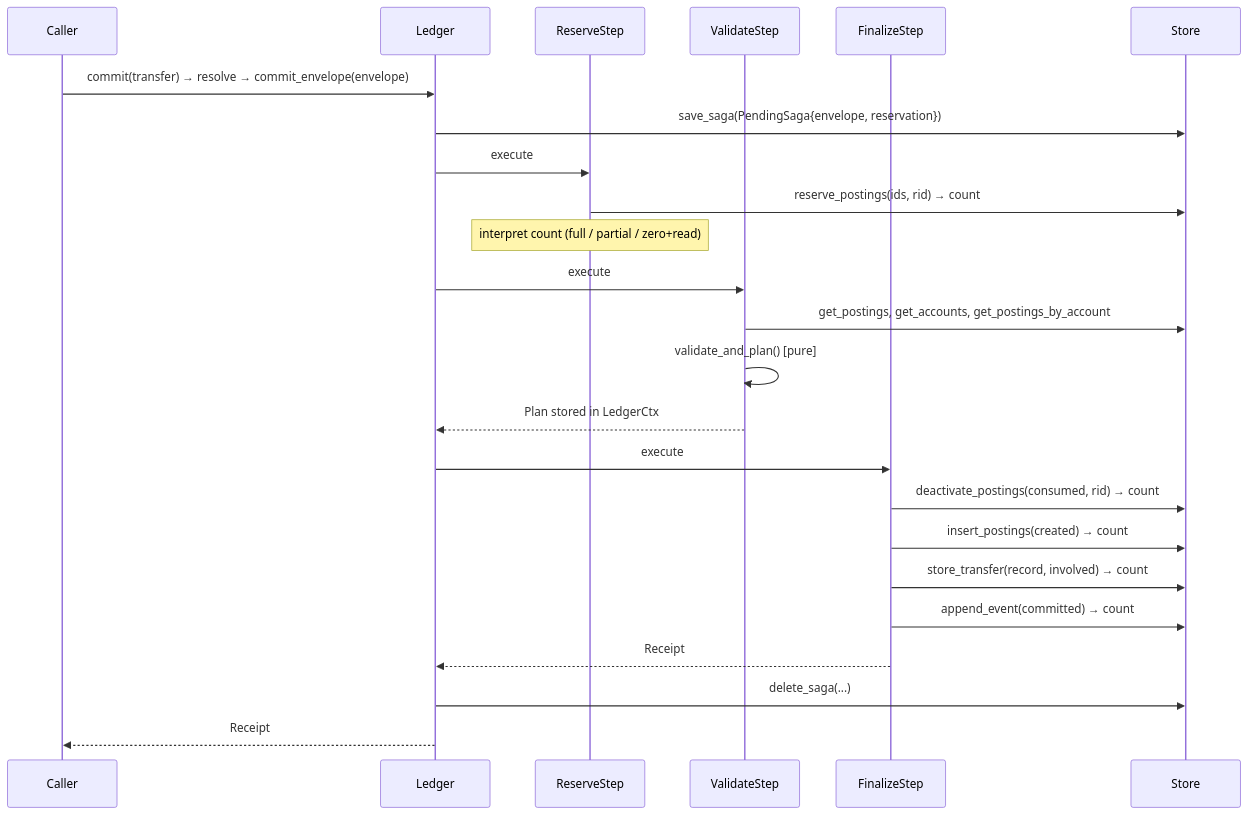
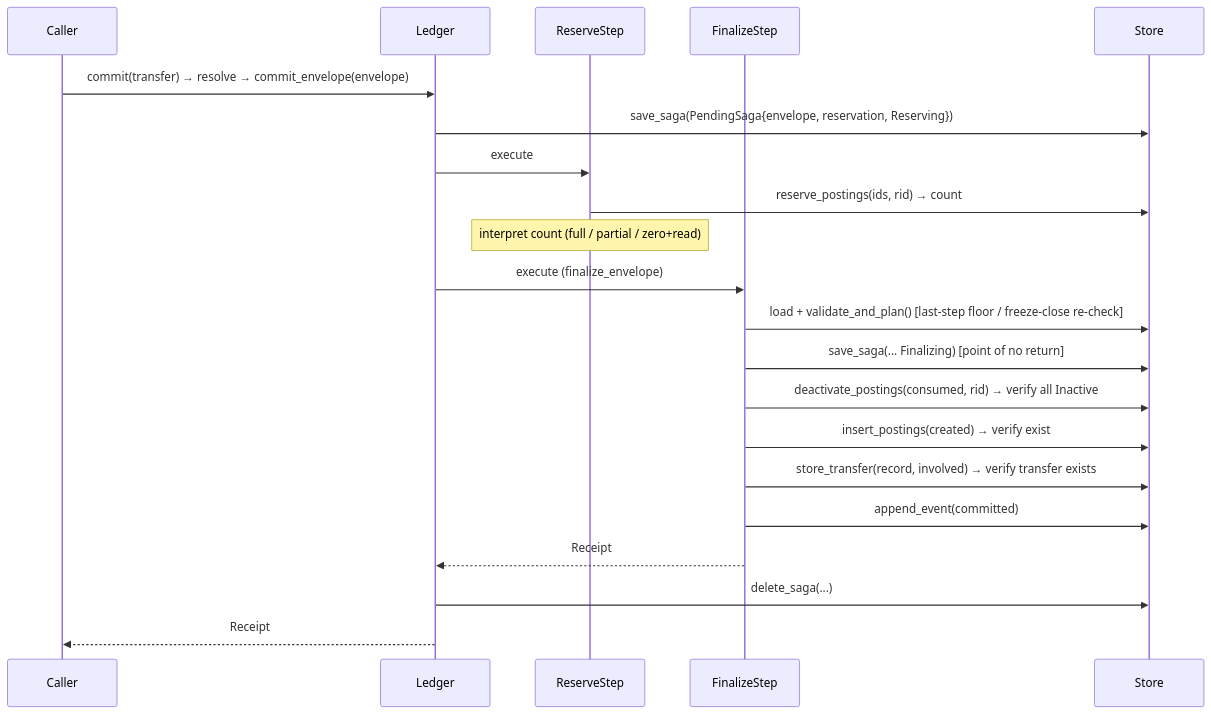
The third of 5 diagrams in doc/architecture.md (crodas/kuatia), drawn with Mermaid before and after one commit. The commit also changed other lines of this file and 9 other files, not shown here.

````diff
--- a/doc/architecture.md
+++ b/doc/architecture.md
@@ -103,29 +104,25 @@
 ```mermaid
 sequenceDiagram
     participant C as Caller
     participant L as Ledger
     participant R as ReserveStep
-    participant V as ValidateStep
     participant F as FinalizeStep
     participant S as Store
 
     C->>L: commit(transfer) → resolve → commit_envelope(envelope)
-    L->>S: save_saga(PendingSaga{envelope, reservation})
+    L->>S: save_saga(PendingSaga{envelope, reservation, Reserving})
     L->>R: execute
     R->>S: reserve_postings(ids, rid) → count
     Note over R: interpret count (full / partial / zero+read)
 
-    L->>V: execute
-    V->>S: get_postings, get_accounts, get_postings_by_account
-    V->>V: validate_and_plan() [pure]
-    V-->>L: Plan stored in LedgerCtx
-
-    L->>F: execute
-    F->>S: deactivate_postings(consumed, rid) → count
-    F->>S: insert_postings(created) → count
-    F->>S: store_transfer(record, involved) → count
-    F->>S: append_event(committed) → count
+    L->>F: execute (finalize_envelope)
+    F->>S: load + validate_and_plan() [last-step floor / freeze-close re-check]
+    F->>S: save_saga(... Finalizing)  [point of no return]
+    F->>S: deactivate_postings(consumed, rid) → verify all Inactive
+    F->>S: insert_postings(created) → verify exist
+    F->>S: store_transfer(record, involved) → verify transfer exists
+    F->>S: append_event(committed)
     F-->>L: Receipt
     L->>S: delete_saga(...)
     L-->>C: Receipt
 ```
````
